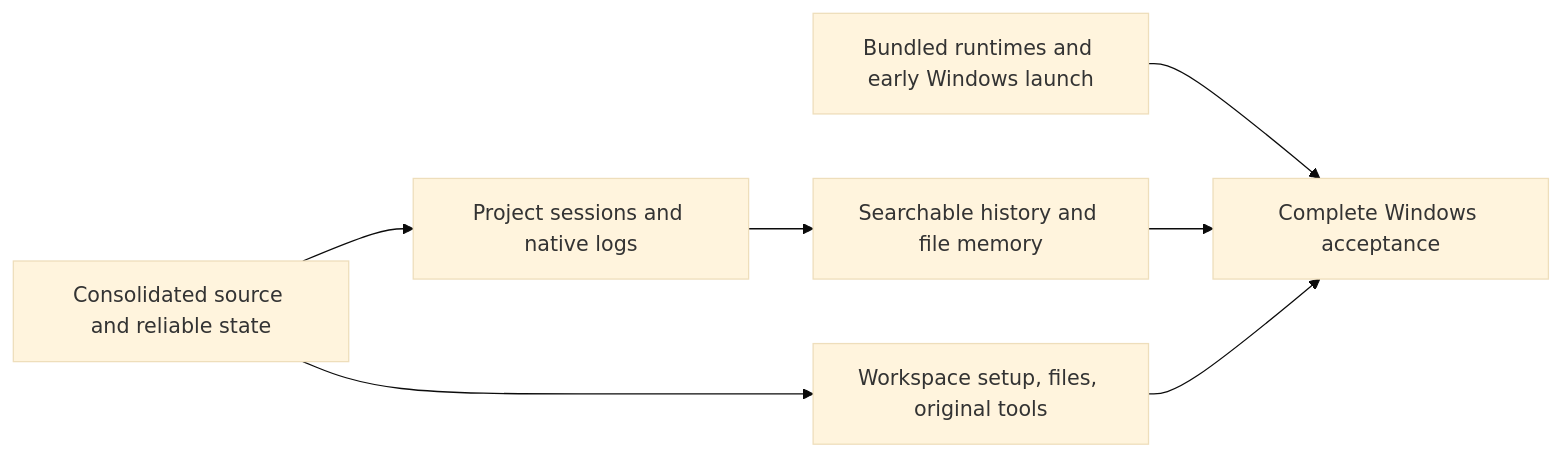
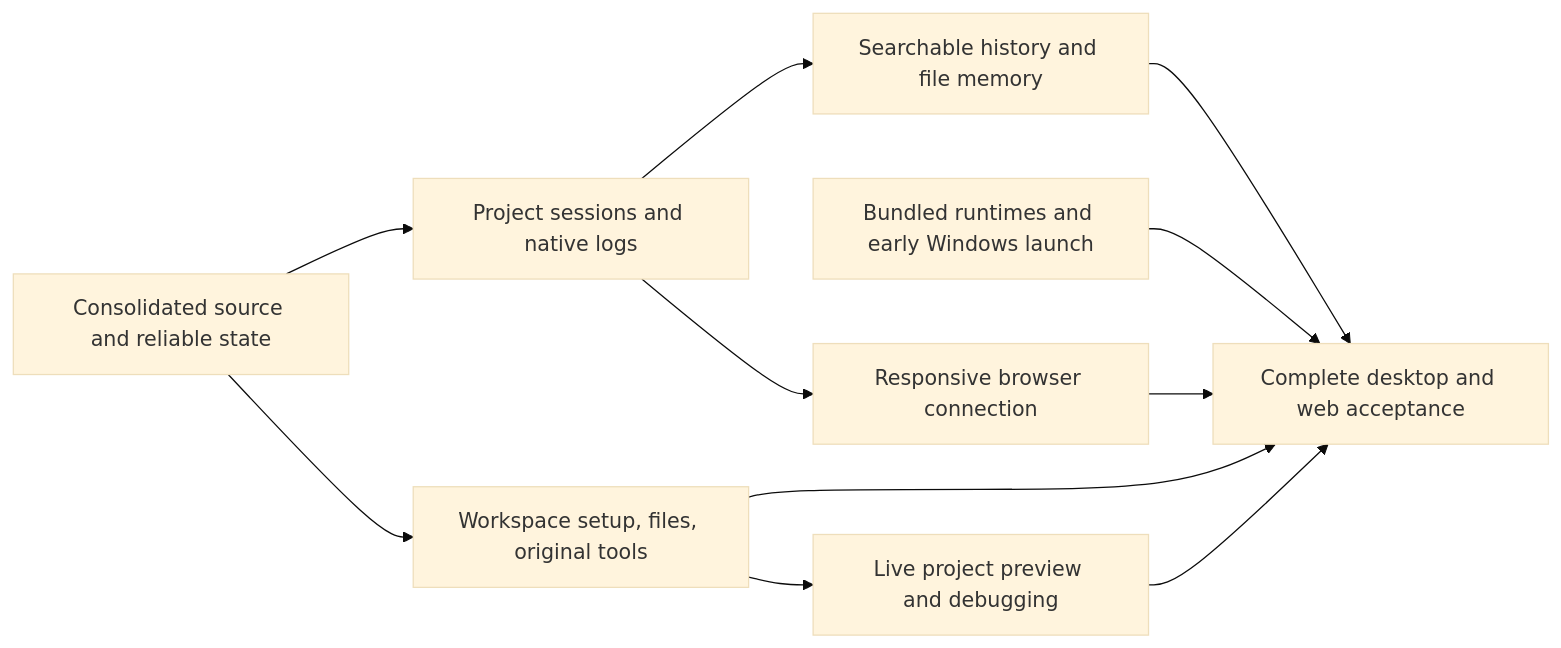
The diagram in docs/product/multi-project/desktop-release.md (vivary-dev/Vivary-New), drawn with Mermaid (base theme) before and after one commit. The commit also changed other lines of this file and 26 other files, not shown here.

````diff
--- a/docs/product/multi-project/desktop-release.md
+++ b/docs/product/multi-project/desktop-release.md
@@ -127,9 +140,13 @@
 ```mermaid
 flowchart LR
   A[Consolidated source and reliable state] --> B[Project sessions and native logs]
   B --> C[Searchable history and file memory]
   A --> D[Workspace setup, files, original tools]
-  P[Bundled runtimes and early Windows launch] --> E[Complete Windows acceptance]
+  P[Bundled runtimes and early Windows launch] --> E[Complete desktop and web acceptance]
   C --> E
   D --> E
+  B --> W[Responsive browser connection]
+  W --> E
+  D --> V[Live project preview and debugging]
+  V --> E
 ```
````
